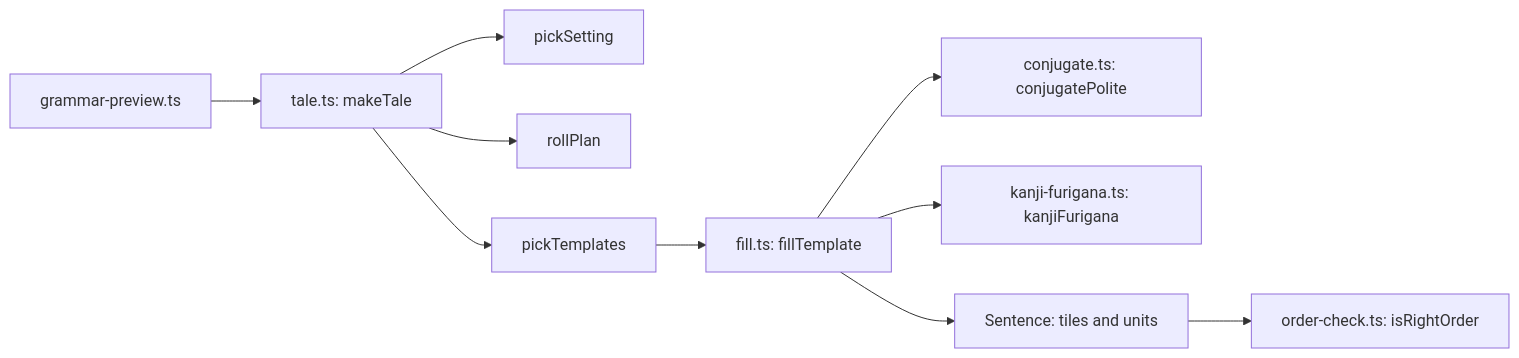
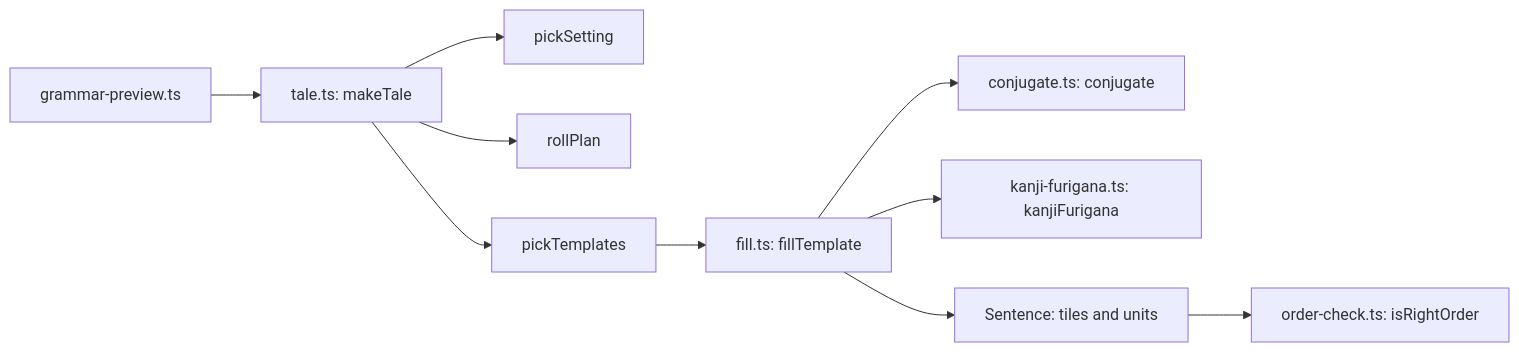
One commit to NabilRobert/juku-arcade changed the fifth of 5 diagrams in docs/guide.md. Above: the diagram before and after it, drawn with Mermaid. The commit also changed other lines of this file and 1 other file, not shown here.

````diff
--- a/docs/guide.md
+++ b/docs/guide.md
@@ -317,12 +317,12 @@
 ```mermaid
 flowchart LR
   A[grammar-preview.ts] --> B[tale.ts: makeTale]
   B --> C[pickSetting]
   B --> D[rollPlan]
   B --> E[pickTemplates]
   E --> F[fill.ts: fillTemplate]
-  F --> G[conjugate.ts: conjugatePolite]
+  F --> G[conjugate.ts: conjugate]
   F --> H[kanji-furigana.ts: kanjiFurigana]
   F --> I[Sentence: tiles and units]
   I --> J[order-check.ts: isRightOrder]
 ```
````
